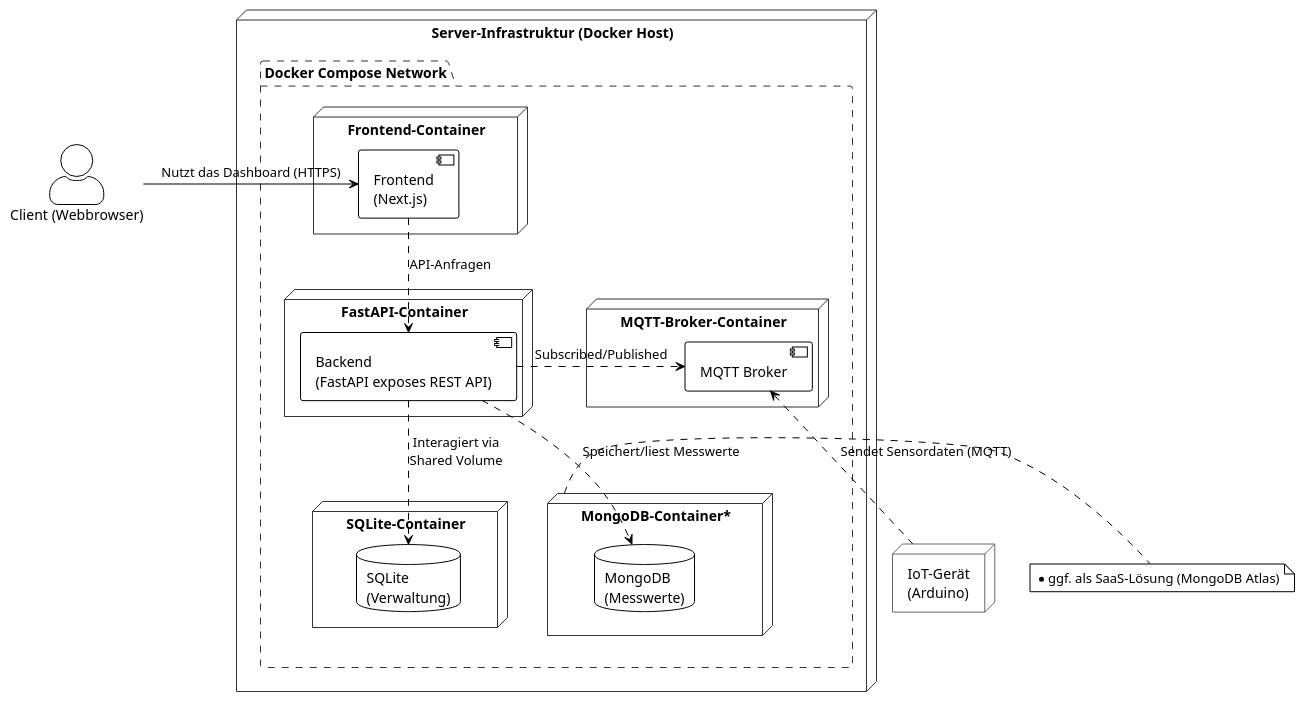
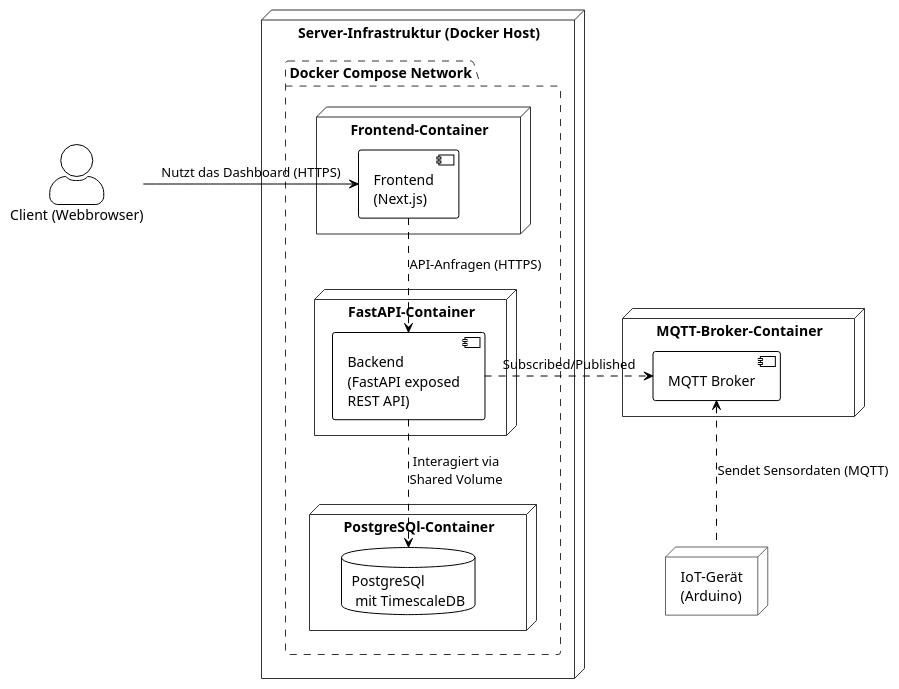
One commit to STORASENSE/storasense-platform changed the diagram in docs/docs/images/arc/deployment.puml. Above: the diagram before and after it, drawn with PlantUML.

Commit message:
docs: updated deployment view: deployment.puml

```diff
--- a/docs/docs/images/arc/deployment.puml
+++ b/docs/docs/images/arc/deployment.puml
@@ -1,68 +1,60 @@
 @startuml
 ' --- Styling ---
 !theme plain
 skinparam shadowing false
 skinparam actorStyle awesome
 skinparam rectangle {
     borderRadius 5
 }
 skinparam database {
     borderRadius 5
 }
 skinparam component {
     borderRadius 5
 }
 skinparam node {
     borderColor #666666
 }
 ' Styling für das Netzwerk-Paket
 skinparam package {
     borderColor #333333
     borderStyle dashed
 }
 
 ' --- Akteure ---
 actor "Client (Webbrowser)" as User
 node "IoT-Gerät\n(Arduino)" as Device
+node "MQTT-Broker-Container" as MqttBrokerContainer {
+component "MQTT Broker" as MqttBroker
+}
 
 ' --- Deployment-Knoten ---
 node "Server-Infrastruktur (Docker Host)" as Server {
     ' Dieses Paket repräsentiert die logische Grenze des Docker Compose Netzwerks
     package "Docker Compose Network" as DockerNetwork {
         node "Frontend-Container" as FrontendContainer {
             component "Frontend\n(Next.js)" as Frontend
         }
         node "FastAPI-Container" as FastAPIContainer {
-            component "Backend\n(FastAPI exposes REST API)" as Backend
+            component "Backend\n(FastAPI exposed\nREST API)" as Backend
         }
-        node "SQLite-Container" as SQLiteContainer {
-           database "SQLite\n(Verwaltung)" as SQLite
+        node "PostgreSQl-Container" as PostgresContainer {
+           database "PostgreSQl \n mit TimescaleDB" as Postgres
         }
-        node "MongoDB-Container*" as MongoDBContainer {
-            database "MongoDB\n(Messwerte)" as MongoDB
-        }
-        node "MQTT-Broker-Container" as MqttBrokerContainer {
-            component "MQTT Broker" as MqttBroker
-        }
+
     }
 }
 
 ' --- Beziehungen und Datenflüsse ---
 ' Externe Kommunikation zu den exponierten Ports der Container
 User -right-> Frontend : Nutzt das Dashboard (HTTPS)
 Device .up.> MqttBroker: Sendet Sensordaten (MQTT)
 
 ' Interne Kommunikation innerhalb des Docker-Netzwerks
-Frontend .down.> Backend : API-Anfragen
-Backend .down.> MongoDB : Speichert/liest Messwerte
+Frontend .down.> Backend : API-Anfragen (HTTPS)
 Backend .right.> MqttBroker : Subscribed/Published
 
 ' Spezielle Interaktion via Shared Volume, keine Netzwerkkommunikation
-Backend ..> SQLite : "Interagiert via\nShared Volume"
-
-' Hinweis für MongoDB
-note right of MongoDBContainer
-* ggf. als SaaS-Lösung (MongoDB Atlas)
-end note
+Backend ..> Postgres : "Interagiert via\nShared Volume"
 
 @enduml
```
